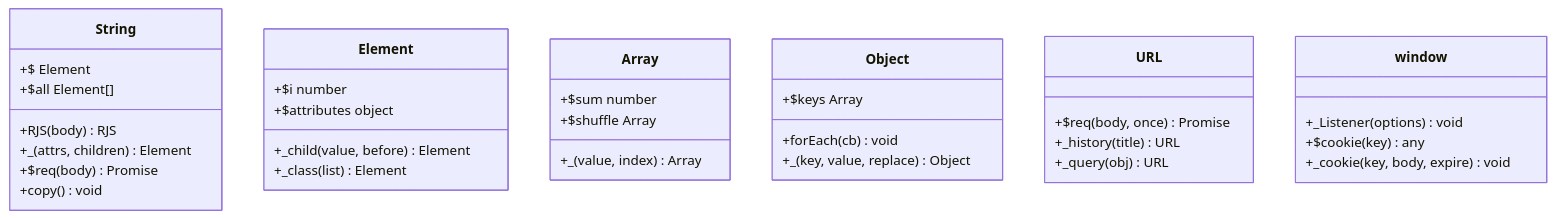
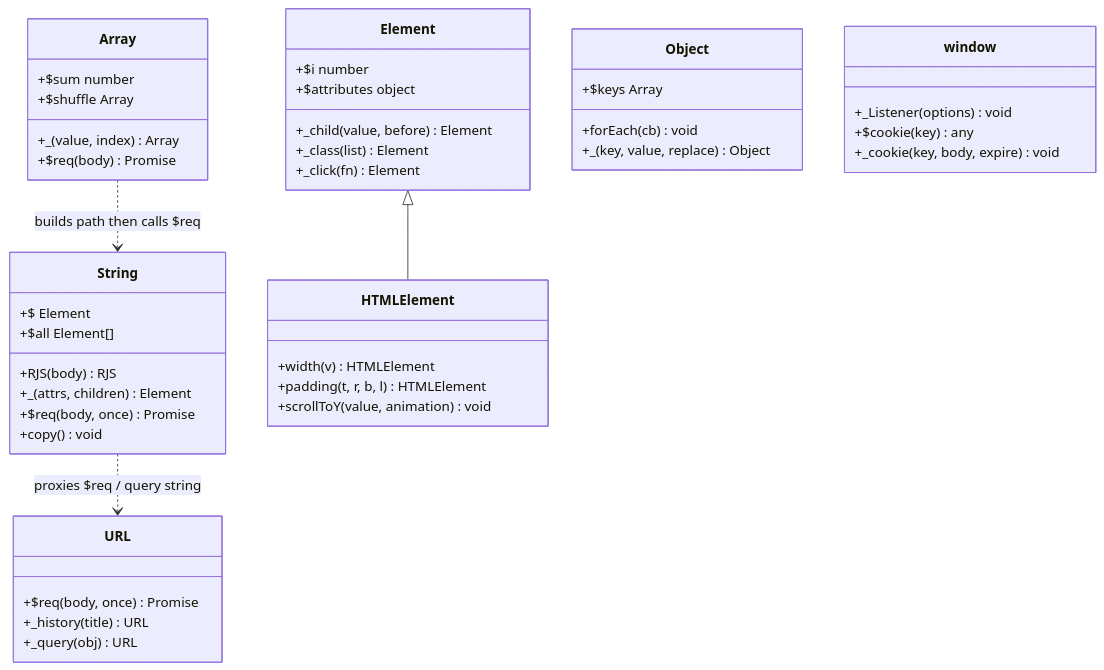
One commit to pardnio/RenderJS changed the fifth of 7 diagrams in doc/architecture.md. Above: the diagram before and after it, drawn with Mermaid. The commit also changed other lines of this file and 8 other files, not shown here.

````diff
--- a/doc/architecture.md
+++ b/doc/architecture.md
@@ -57,37 +85,47 @@
 ```mermaid
 classDiagram
     class String {
         +RJS(body) RJS
         +_(attrs, children) Element
         +$ Element
         +$all Element[]
-        +$req(body) Promise
+        +$req(body, once) Promise
         +copy() void
     }
     class Element {
         +_child(value, before) Element
         +_class(list) Element
+        +_click(fn) Element
         +$i number
         +$attributes object
+    }
+    class HTMLElement {
+        +width(v) HTMLElement
+        +padding(t, r, b, l) HTMLElement
+        +scrollToY(value, animation) void
     }
     class Array {
         +$sum number
         +$shuffle Array
         +_(value, index) Array
+        +$req(body) Promise
     }
     class Object {
         +forEach(cb) void
         +$keys Array
         +_(key, value, replace) Object
     }
     class URL {
         +$req(body, once) Promise
         +_history(title) URL
         +_query(obj) URL
     }
     class window {
         +_Listener(options) void
         +$cookie(key) any
         +_cookie(key, body, expire) void
     }
+    String ..> URL : proxies $req / query string
+    Array ..> String : builds path then calls $req
+    Element <|-- HTMLElement
 ```
````
